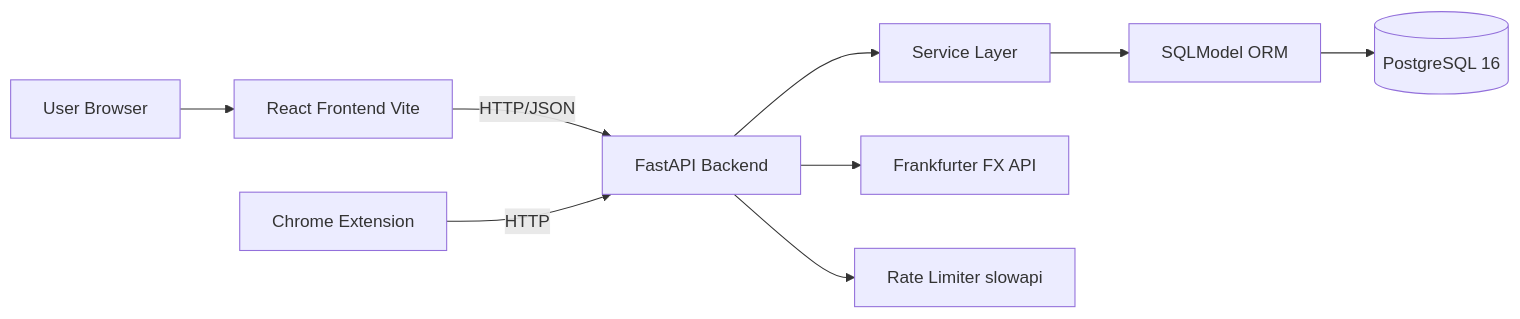
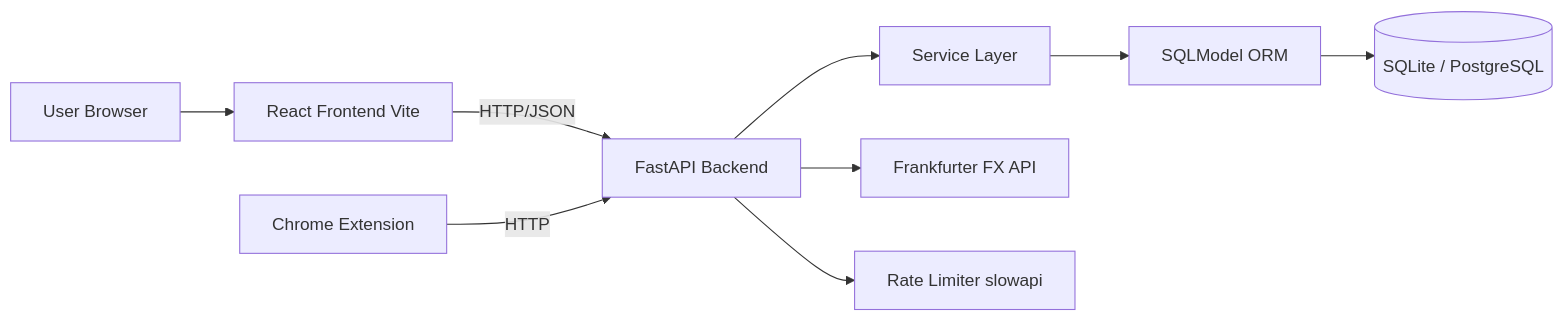
Before and after one commit to Yusufrmak497/SubTrack: the diagram in REPORT.md, drawn with Mermaid. The commit also changed other lines of this file and 9 other files, not shown here.

````diff
--- a/REPORT.md
+++ b/REPORT.md
@@ -55,11 +55,11 @@
 ```mermaid
 flowchart LR
   U[User Browser] --> F[React Frontend Vite]
   F -->|HTTP/JSON| A[FastAPI Backend]
   A --> SL[Service Layer]
   SL --> ORM[SQLModel ORM]
-  ORM --> DB[(PostgreSQL 16)]
+  ORM --> DB[(SQLite / PostgreSQL)]
   A --> FX[Frankfurter FX API]
   A --> RL[Rate Limiter slowapi]
   CE[Chrome Extension] -->|HTTP| A
 ```
````
